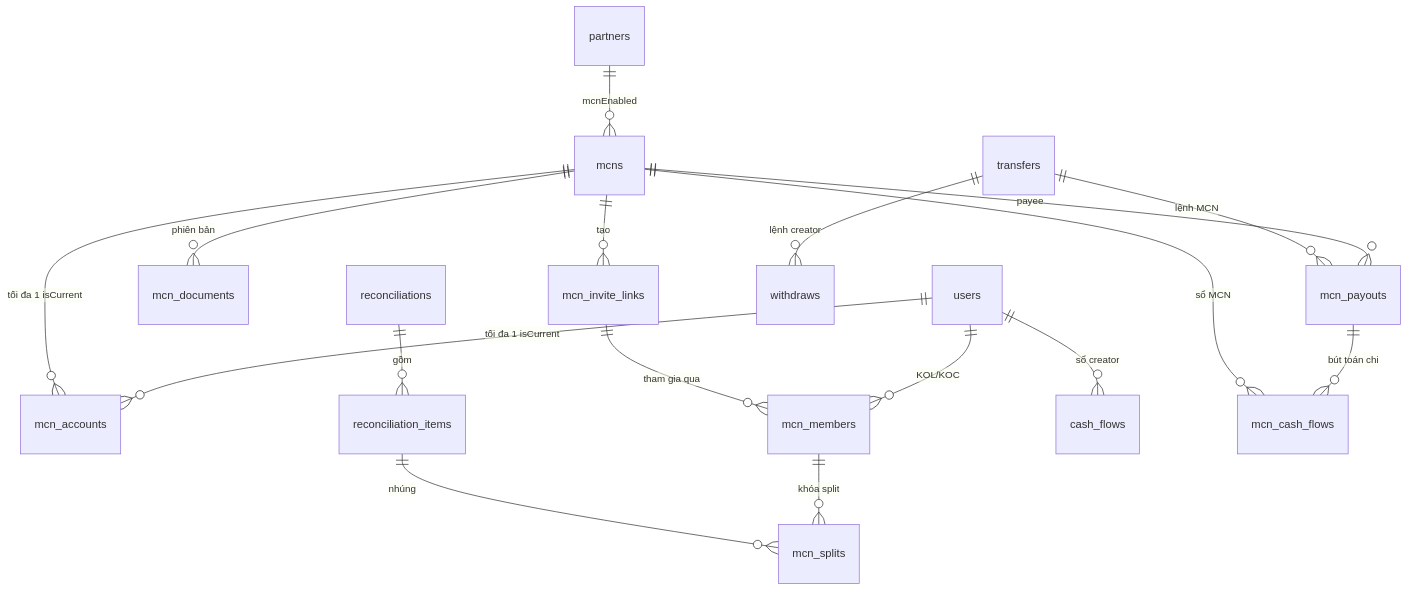
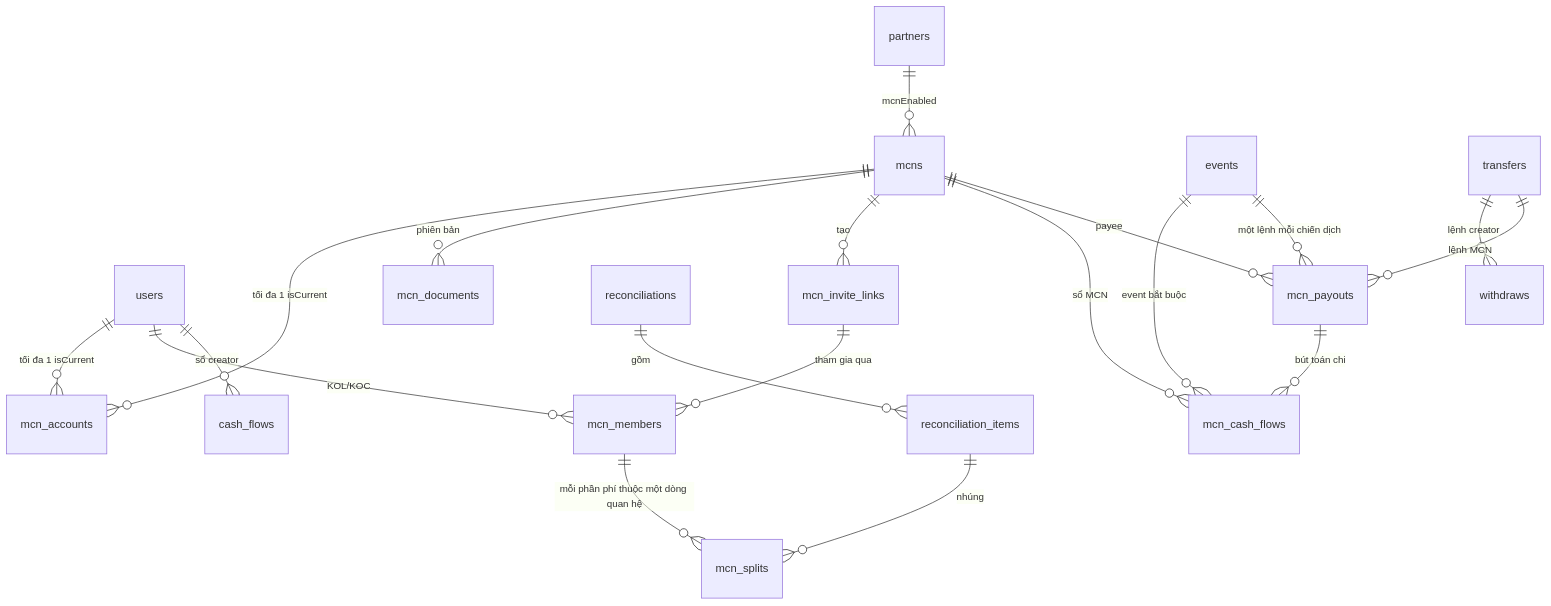
One commit to viewboost/accesstrade-docs changed the third of 10 diagrams in mcn/techspec-mcn-phase1-2026-11-04.md. Above: the diagram before and after it, drawn with Mermaid. The commit also changed other lines of this file, not shown here.

Commit message:
docs(mcn): tech spec v2.1 - ra soat cau chu cho de doc, sua mau thuan vi du, moc ap dung, co LedgerV2, so du am theo chien dich, cau hoi mo

````diff
--- a/mcn/techspec-mcn-phase1-2026-11-04.md
+++ b/mcn/techspec-mcn-phase1-2026-11-04.md
@@ -332,19 +345,21 @@
 ```mermaid
 erDiagram
   partners ||--o{ mcns : "mcnEnabled"
   mcns ||--o{ mcn_accounts : "tối đa 1 isCurrent"
   users ||--o{ mcn_accounts : "tối đa 1 isCurrent"
   mcns ||--o{ mcn_documents : "phiên bản"
   mcns ||--o{ mcn_invite_links : "tạo"
   mcn_invite_links ||--o{ mcn_members : "tham gia qua"
   users ||--o{ mcn_members : "KOL/KOC"
   reconciliations ||--o{ reconciliation_items : "gồm"
   reconciliation_items ||--o{ mcn_splits : "nhúng"
-  mcn_members ||--o{ mcn_splits : "khóa split"
+  mcn_members ||--o{ mcn_splits : "mỗi phần phí thuộc một dòng quan hệ"
   users ||--o{ cash_flows : "sổ creator"
   mcns ||--o{ mcn_cash_flows : "sổ MCN"
+  events ||--o{ mcn_cash_flows : "event bắt buộc"
   transfers ||--o{ withdraws : "lệnh creator"
   transfers ||--o{ mcn_payouts : "lệnh MCN"
   mcns ||--o{ mcn_payouts : "payee"
+  events ||--o{ mcn_payouts : "một lệnh mỗi chiến dịch"
   mcn_payouts ||--o{ mcn_cash_flows : "bút toán chi"
 ```
````
